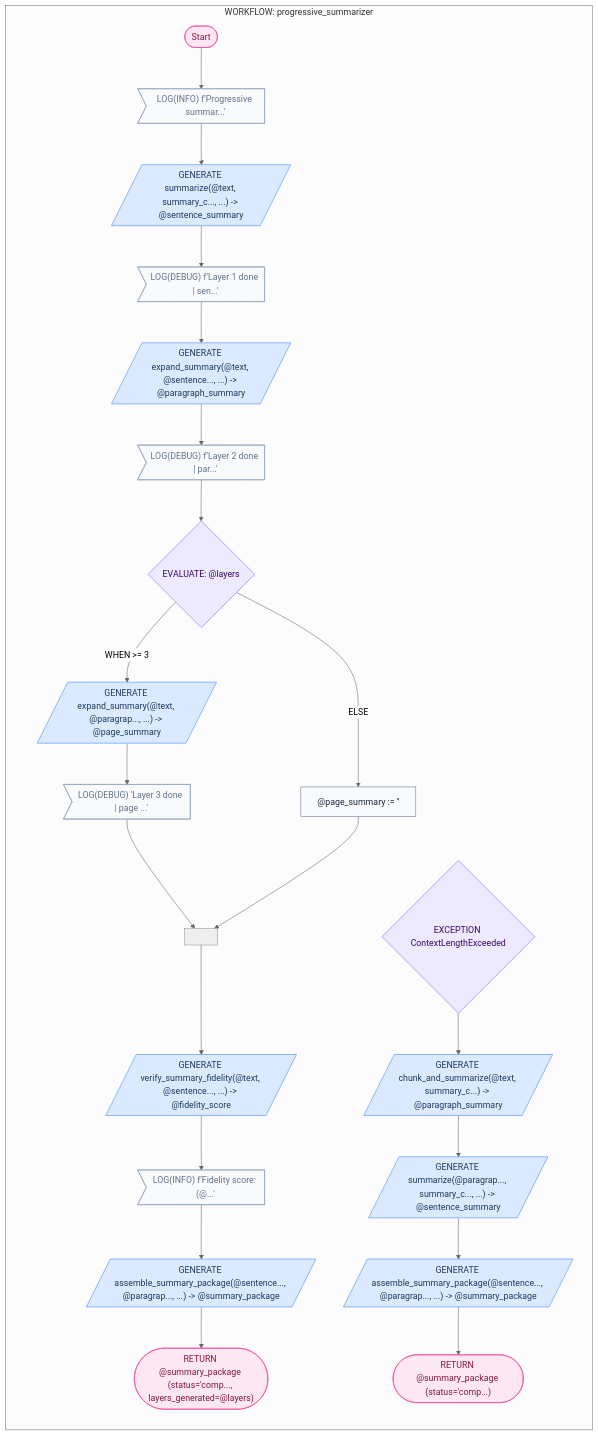
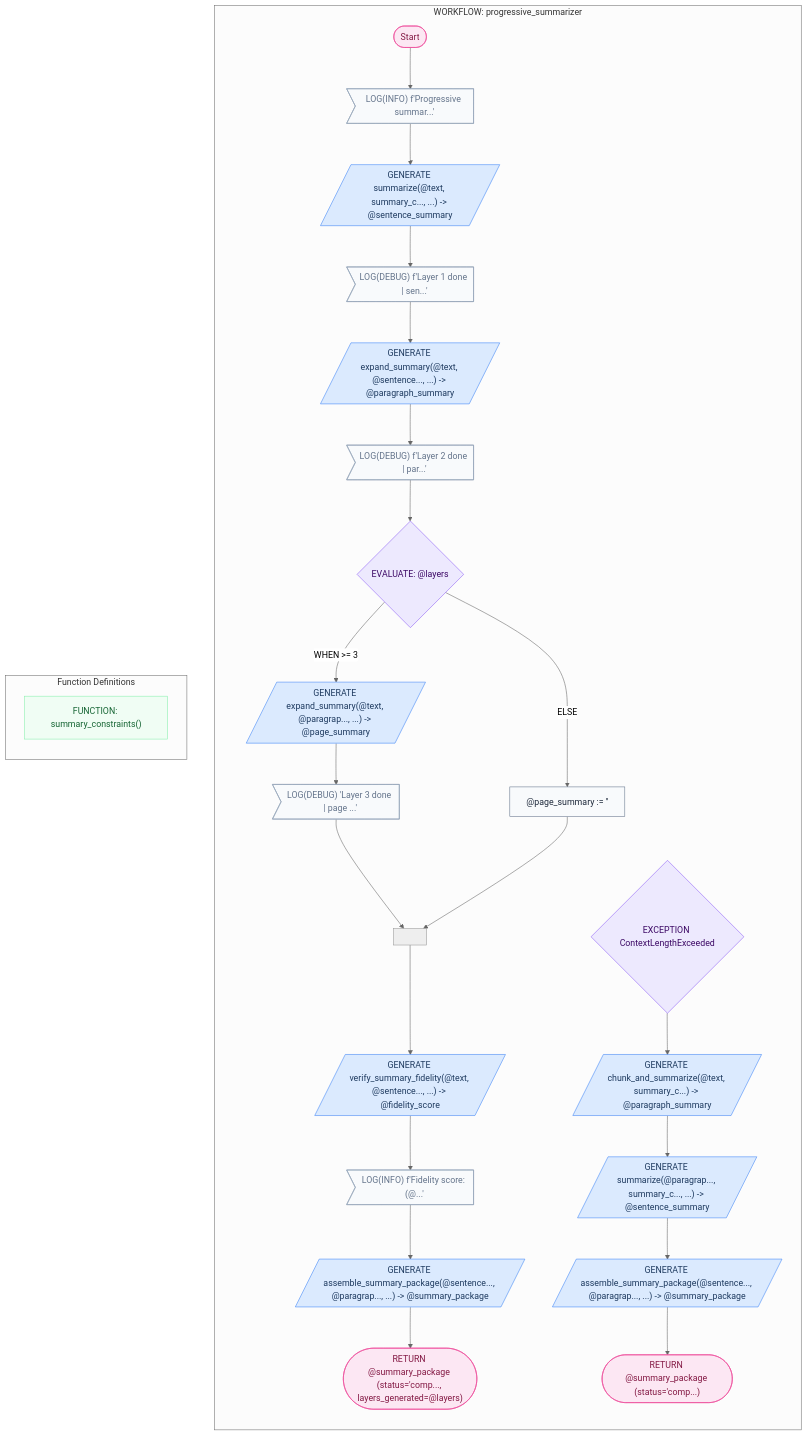
The diagram in cookbook/34_progressive_summary/mermaid/progressive_summary.md (digital-duck/SPL.py), drawn with Mermaid (neutral theme) before and after one commit. The commit also changed 334 other files, not shown here.

````diff
--- a/cookbook/34_progressive_summary/mermaid/progressive_summary.md
+++ b/cookbook/34_progressive_summary/mermaid/progressive_summary.md
@@ -7,70 +7,75 @@
 ```mermaid
 flowchart TD
     subgraph SG_progressive_summarizer["WORKFLOW: progressive_summarizer"]
     direction TB
     START1(["Start"])
     LOG2>"LOG(INFO) f'Progressive summar...'"]
     GEN3[/"GENERATE summarize(@text, summary_c..., ...) -> @sentence_summary"/]
     LOG2 --> GEN3
     LOG4>"LOG(DEBUG) f'Layer 1 done | sen...'"]
     GEN3 --> LOG4
     GEN5[/"GENERATE expand_summary(@text, @sentence..., ...) -> @paragraph_summary"/]
     LOG4 --> GEN5
     LOG6>"LOG(DEBUG) f'Layer 2 done | par...'"]
     GEN5 --> LOG6
     EVAL7{"EVALUATE: @layers"}
     GEN9[/"GENERATE expand_summary(@text, @paragrap..., ...) -> @page_summary"/]
     LOG10>"LOG(DEBUG) 'Layer 3 done | page ...'"]
     GEN9 --> LOG10
     EVAL7 -->|"WHEN >= 3"| GEN9
     LOG10 --> MERGE8
     A11["@page_summary := ''"]
     EVAL7 -->|"ELSE"| A11
     A11 --> MERGE8
     MERGE8[" "]
     LOG6 --> EVAL7
     GEN12[/"GENERATE verify_summary_fidelity(@text, @sentence..., ...) -> @fidelity_score"/]
     MERGE8 --> GEN12
     LOG13>"LOG(INFO) f'Fidelity score: (@...'"]
     GEN12 --> LOG13
     GEN14[/"GENERATE assemble_summary_package(@sentence..., @paragrap..., ...) -> @summary_package"/]
     LOG13 --> GEN14
     RET15(["RETURN @summary_package (status='comp..., layers_generated=@layers)"])
     GEN14 --> RET15
     START1 --> LOG2
     EXC16{"EXCEPTION ContextLengthExceeded"}
     GEN17[/"GENERATE chunk_and_summarize(@text, summary_c...) -> @paragraph_summary"/]
     GEN18[/"GENERATE summarize(@paragrap..., summary_c..., ...) -> @sentence_summary"/]
     GEN17 --> GEN18
     GEN19[/"GENERATE assemble_summary_package(@sentence..., @paragrap..., ...) -> @summary_package"/]
     GEN18 --> GEN19
     RET20(["RETURN @summary_package (status='comp...)"])
     GEN19 --> RET20
     EXC16 --> GEN17
     end
+    subgraph FUNCTIONS["Function Definitions"]
+    direction TB
+    FN21["FUNCTION: summary_constraints()"]
+    end
     class START1 term
     class LOG2 log
     class GEN3 llm
     class LOG4 log
     class GEN5 llm
     class LOG6 log
     class EVAL7 ctrl
     class GEN9 llm
     class LOG10 log
     class A11 assign
     class GEN12 llm
     class LOG13 log
     class GEN14 llm
     class RET15 term
     class EXC16 ctrl
     class GEN17 llm
     class GEN18 llm
     class GEN19 llm
     class RET20 term
+    class FN21 fn
     classDef llm fill:#dbeafe,stroke:#3b82f6,color:#1e3a5f
     classDef ctrl fill:#ede9fe,stroke:#8b5cf6,color:#3b0764
     classDef term fill:#fce7f3,stroke:#ec4899,color:#831843
     classDef log fill:#f8fafc,stroke:#94a3b8,color:#64748b
     classDef fn fill:#f0fdf4,stroke:#86efac,color:#166534
     classDef assign fill:#f8fafc,stroke:#64748b,color:#1e293b
 ```
````
